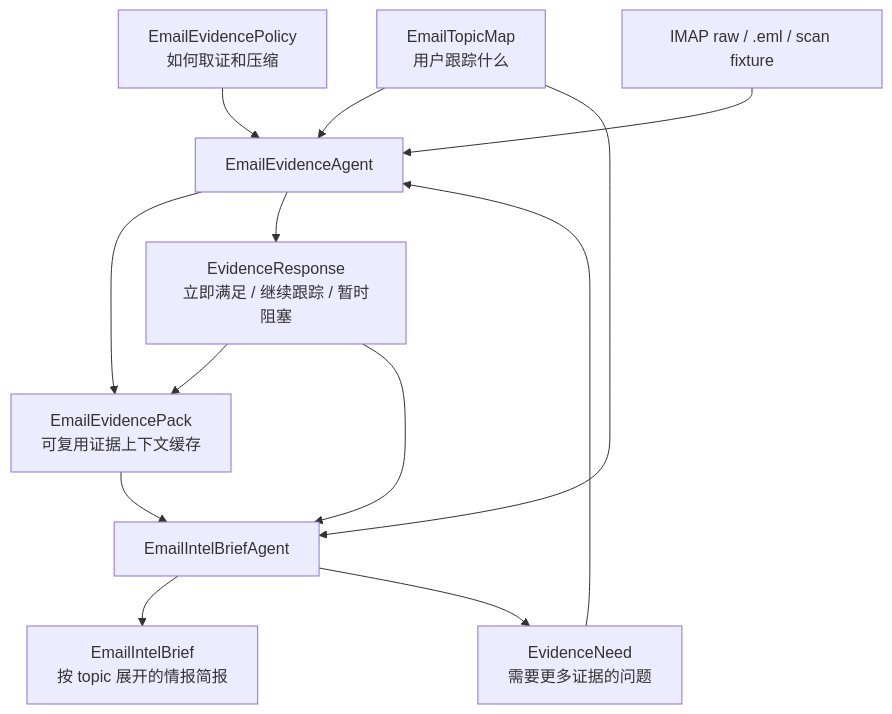
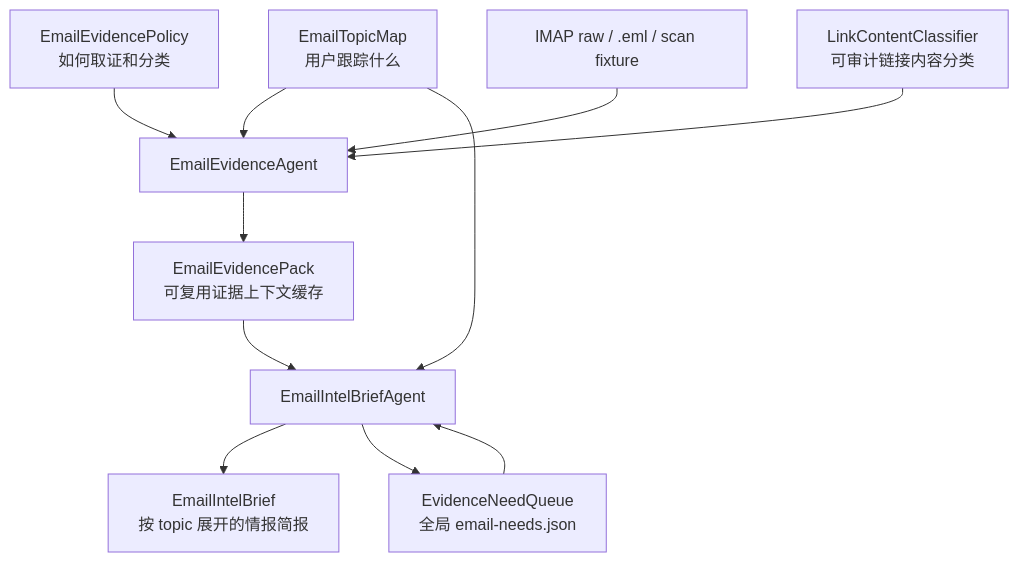
The diagram in plans/podsum-email-two-agent-prd.md (arlishansenn/podsum), drawn with Mermaid before and after one commit. The commit also changed other lines of this file, not shown here.

Commit message:
docs(email): refine two-agent PRD architecture

````diff
--- a/plans/podsum-email-two-agent-prd.md
+++ b/plans/podsum-email-two-agent-prd.md
@@ -145,15 +169,13 @@
 ```mermaid
 flowchart TD
   T["EmailTopicMap<br/>用户跟踪什么"] --> EA["EmailEvidenceAgent"]
-  P["EmailEvidencePolicy<br/>如何取证和压缩"] --> EA
+  P["EmailEvidencePolicy<br/>如何取证和分类"] --> EA
   R["IMAP raw / .eml / scan fixture"] --> EA
+  C["LinkContentClassifier<br/>可审计链接内容分类"] --> EA
   EA --> E["EmailEvidencePack<br/>可复用证据上下文缓存"]
   E --> BA["EmailIntelBriefAgent"]
   T --> BA
+  NQ["EvidenceNeedQueue<br/>全局 email-needs.json"] --> BA
   BA --> B["EmailIntelBrief<br/>按 topic 展开的情报简报"]
-  BA --> N["EvidenceNeed<br/>需要更多证据的问题"]
-  N --> EA
-  EA --> Q["EvidenceResponse<br/>立即满足 / 继续跟踪 / 暂时阻塞"]
-  Q --> E
-  Q --> BA
+  BA --> NQ
 ```
````
